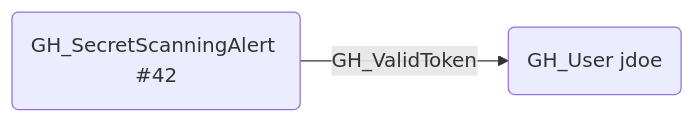
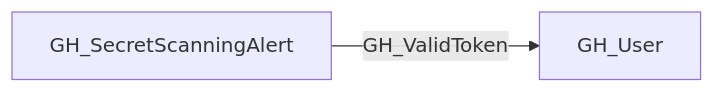
The first of 2 diagrams in docs/opengraph/extensions/github/edges/gh_validtoken.mdx (SpecterOps/bloodhound-docs), drawn with Mermaid before and after one commit. The commit also changed other lines of this file and 292 other files, not shown here.

````diff
--- a/docs/opengraph/extensions/github/edges/gh_validtoken.mdx
+++ b/docs/opengraph/extensions/github/edges/gh_validtoken.mdx
@@ -19,6 +16,6 @@
 ```mermaid
-graph LR
-    node1("GH_SecretScanningAlert #42")
-    node2("GH_User jdoe")
-    node1 -- GH_ValidToken --> node2
+flowchart LR
+    GH_SecretScanningAlert["GH_SecretScanningAlert"]
+    GH_User["GH_User"]
+    GH_SecretScanningAlert -- GH_ValidToken --> GH_User
 ```
````
